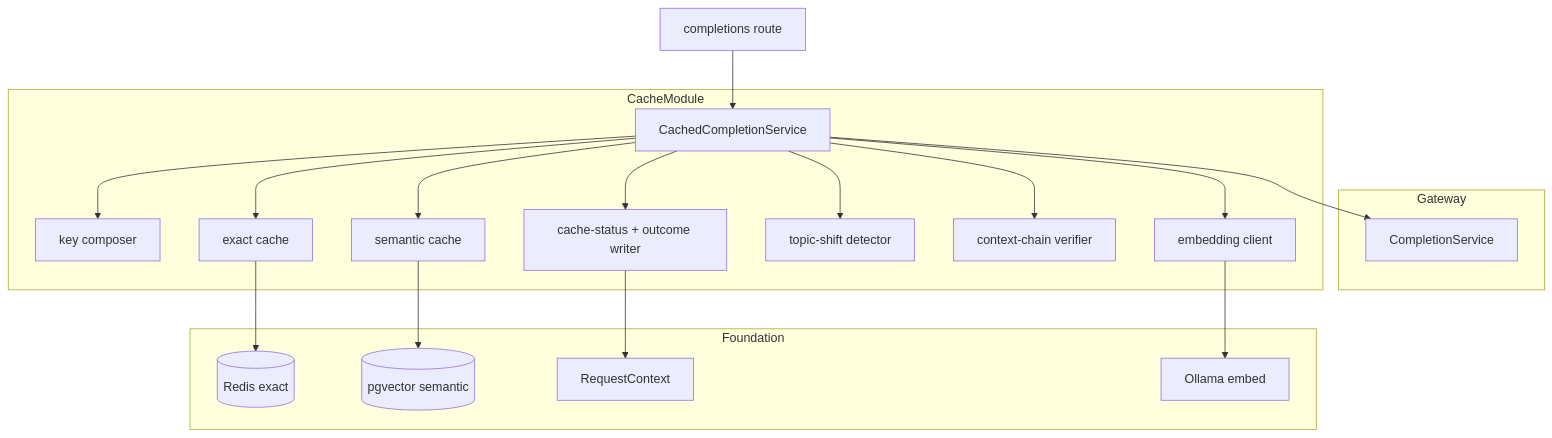
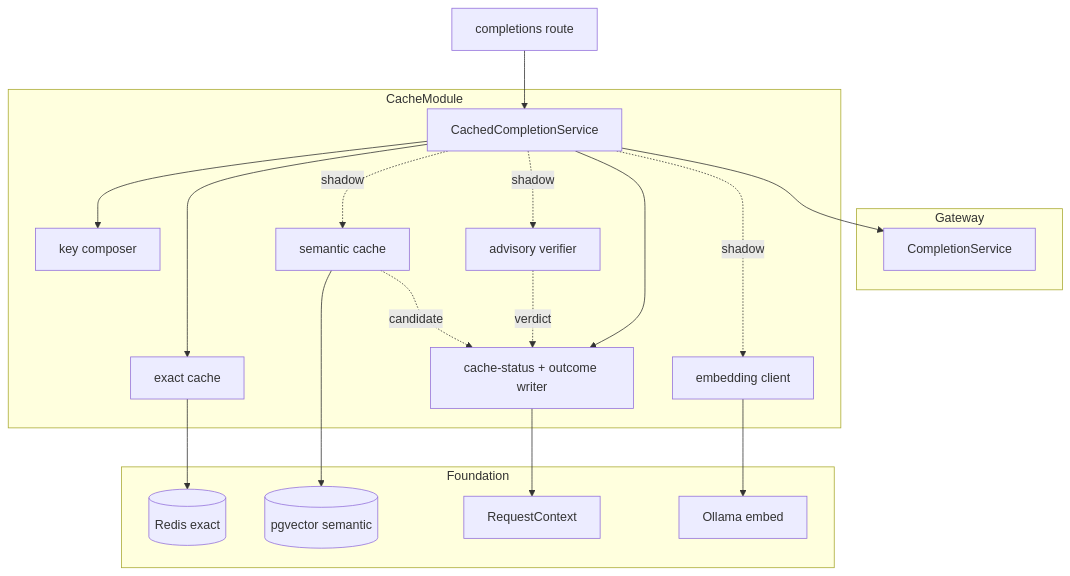
The first of 2 diagrams in .kiro/specs/dual-layer-caching/design.md (arvid-e/semantic-cache-gateway), drawn with Mermaid before and after one commit. The commit also changed other lines of this file and 7 other files, not shown here.

````diff
--- a/.kiro/specs/dual-layer-caching/design.md
+++ b/.kiro/specs/dual-layer-caching/design.md
@@ -63,35 +72,35 @@
 ```mermaid
 graph TB
     subgraph Foundation
         Redis[(Redis exact)]
         PG[(pgvector semantic)]
         Ctx[RequestContext]
         Ollama[Ollama embed]
     end
     subgraph Gateway
         Completion[CompletionService]
     end
     subgraph CacheModule
         Orchestrator[CachedCompletionService]
         KeyComposer[key composer]
         Exact[exact cache]
         Embed[embedding client]
         Semantic[semantic cache]
-        Detector[topic-shift detector]
-        Verifier[context-chain verifier]
+        Verifier[advisory verifier]
         Signals[cache-status + outcome writer]
     end
     Route[completions route] --> Orchestrator
     Orchestrator --> KeyComposer
     Orchestrator --> Exact
     Exact --> Redis
-    Orchestrator --> Embed
+    Orchestrator --> Completion
+    Orchestrator -.shadow.-> Embed
     Embed --> Ollama
-    Orchestrator --> Detector
-    Orchestrator --> Semantic
+    Orchestrator -.shadow.-> Semantic
     Semantic --> PG
-    Orchestrator --> Verifier
-    Orchestrator --> Completion
+    Orchestrator -.shadow.-> Verifier
+    Semantic -.candidate.-> Signals
+    Verifier -.verdict.-> Signals
     Orchestrator --> Signals
     Signals --> Ctx
 ```
````
